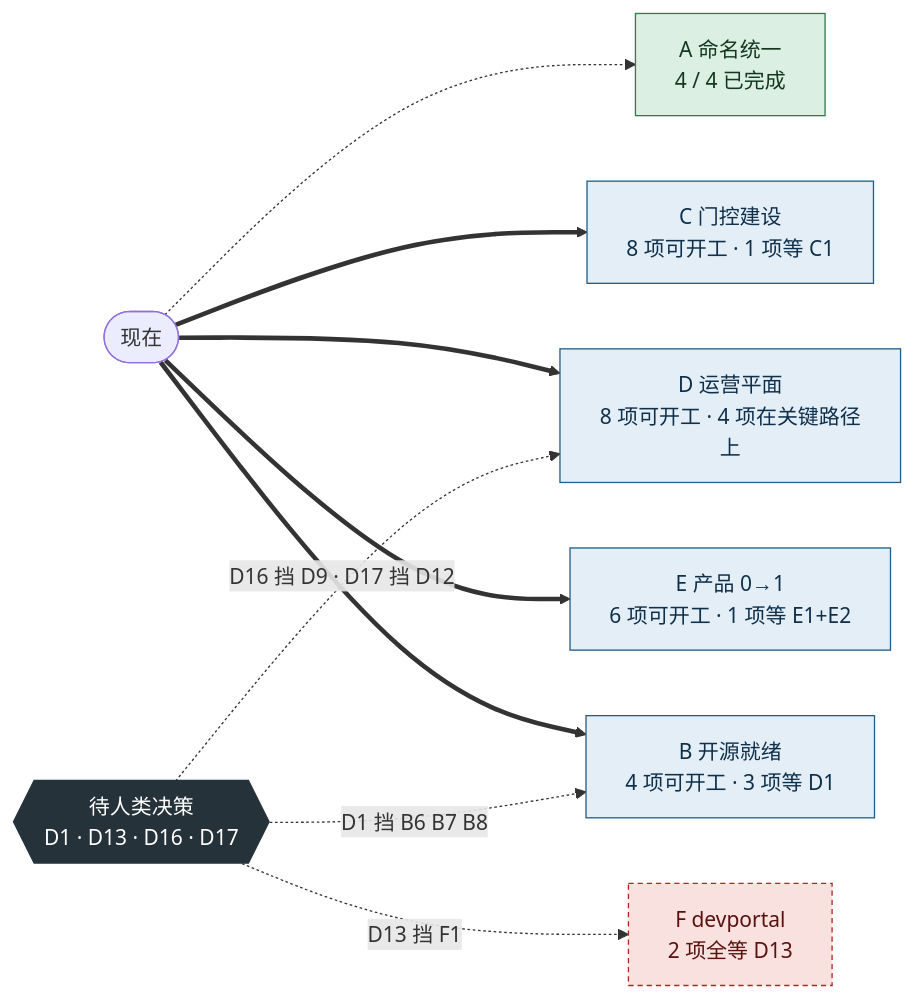
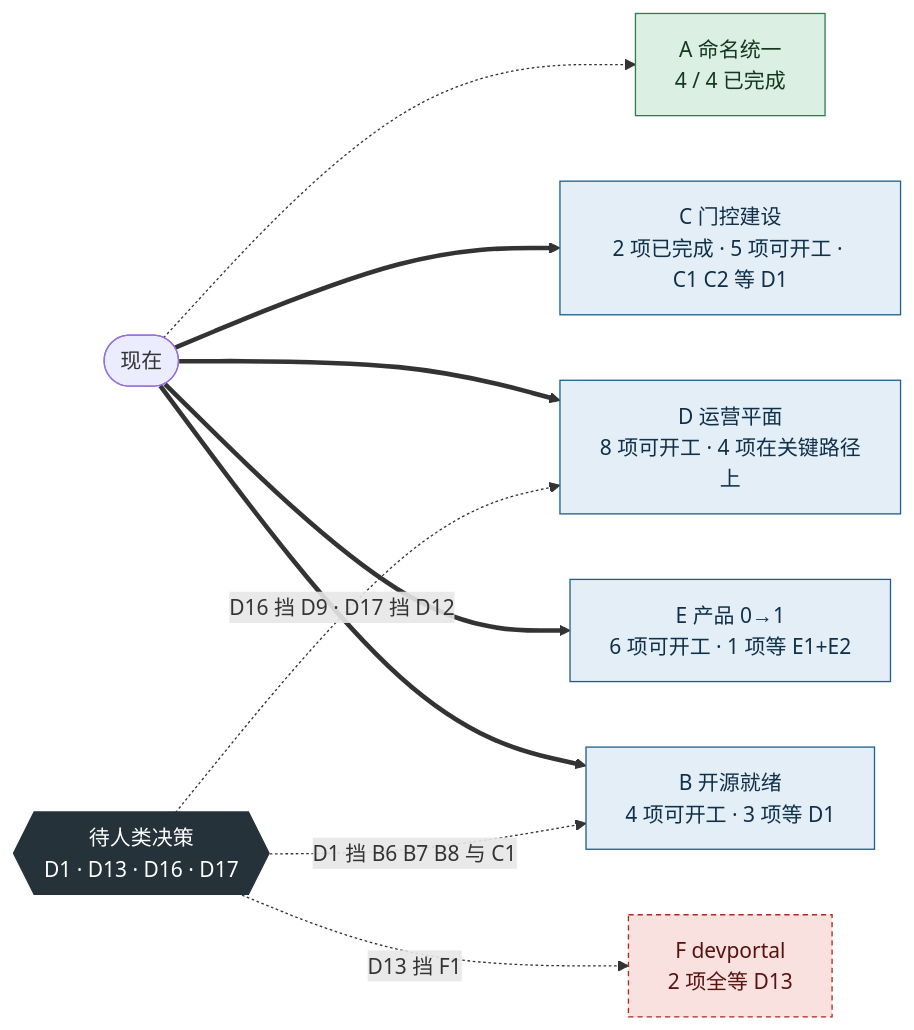
Before and after one commit to boardx/workspacex: the first of 4 diagrams in docs/research/implementation-backlog.md, drawn with Mermaid. The commit also changed other lines of this file and 4 other files, not shown here.

````diff
--- a/docs/research/implementation-backlog.md
+++ b/docs/research/implementation-backlog.md
@@ -51,23 +51,23 @@
 ```mermaid
 flowchart LR
     classDef done fill:#DCEFE3,stroke:#2E7D4F,color:#14381F
     classDef ready fill:#E3EEF7,stroke:#1F5F8B,color:#10304A
     classDef block fill:#F8E1DF,stroke:#B3261E,color:#5A120E,stroke-dasharray:4 3
     classDef dec fill:#26323A,stroke:#26323A,color:#FFFFFF
     NOW(["现在"])
     A["A 命名统一<br/>4 / 4 已完成"]:::done
-    C["C 门控建设<br/>8 项可开工 · 1 项等 C1"]:::ready
+    C["C 门控建设<br/>2 项已完成 · 5 项可开工 · C1 C2 等 D1"]:::ready
     D["D 运营平面<br/>8 项可开工 · 4 项在关键路径上"]:::ready
     E["E 产品 0→1<br/>6 项可开工 · 1 项等 E1+E2"]:::ready
     B["B 开源就绪<br/>4 项可开工 · 3 项等 D1"]:::ready
     F["F devportal<br/>2 项全等 D13"]:::block
     G{{"待人类决策<br/>D1 · D13 · D16 · D17"}}:::dec
     NOW -.-> A
     NOW ==> C
     NOW ==> D
     NOW ==> E
     NOW ==> B
-    G -. "D1 挡 B6 B7 B8" .-> B
+    G -. "D1 挡 B6 B7 B8 与 C1" .-> B
     G -. "D13 挡 F1" .-> F
     G -. "D16 挡 D9 · D17 挡 D12" .-> D
 ```
````
